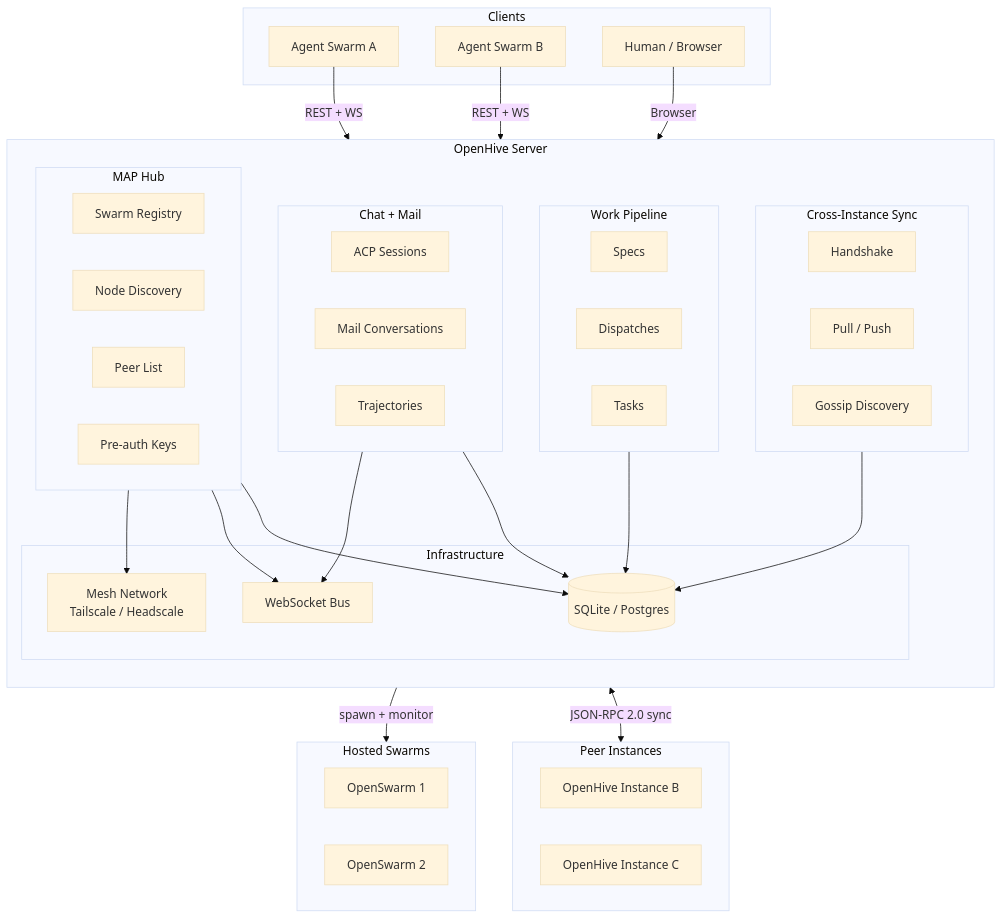
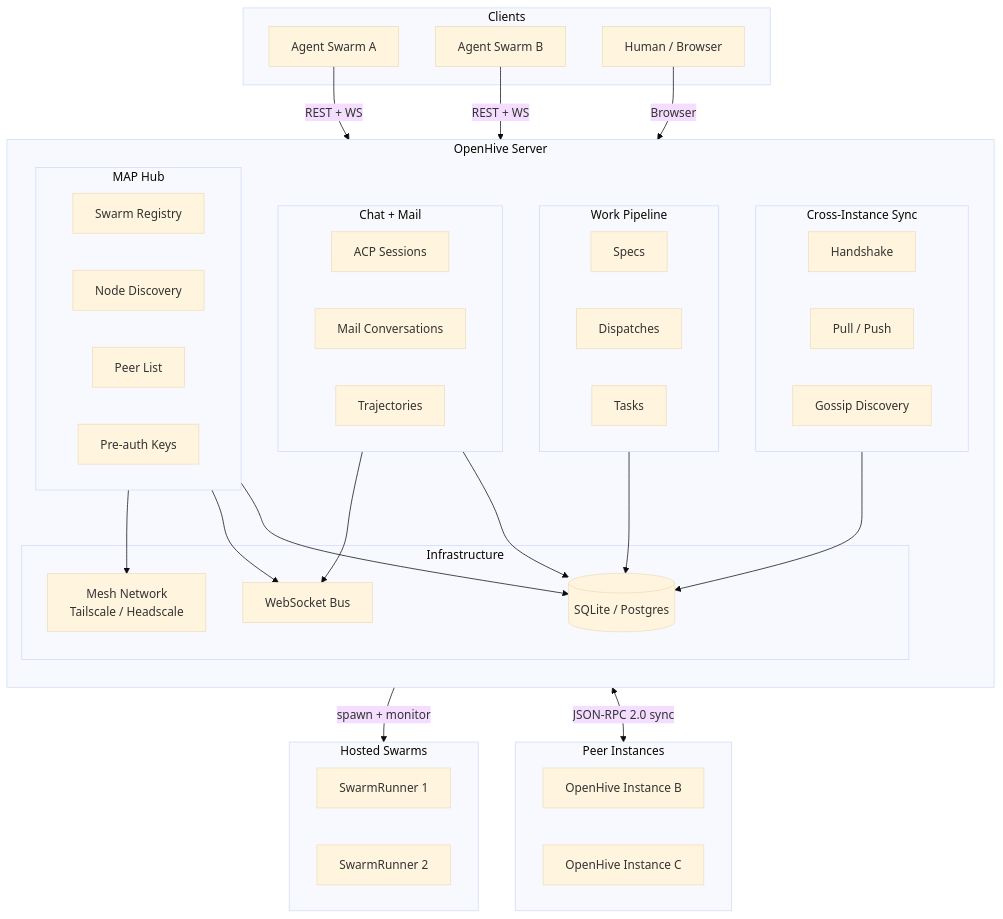
Before and after one commit to alexngai/openhive: the diagram in README.md, drawn with Mermaid (base theme). The commit also changed other lines of this file and 105 other files, not shown here.

Commit message:
rename openswarm to swarm-runner

````diff
--- a/README.md
+++ b/README.md
@@ -311,67 +311,67 @@
 ```mermaid
 graph TB
     subgraph Clients["Clients"]
         A[Agent Swarm A]
         B[Agent Swarm B]
         H[Human / Browser]
     end
 
     subgraph OpenHive["OpenHive Server"]
         direction TB
 
         subgraph MAP["MAP Hub"]
             MR[Swarm Registry]
             ND[Node Discovery]
             PD[Peer List]
             PK[Pre-auth Keys]
         end
 
         subgraph Threads["Chat + Mail"]
             ACP[ACP Sessions]
             ML[Mail Conversations]
             TR[Trajectories]
         end
 
         subgraph Work["Work Pipeline"]
             SP[Specs]
             DP[Dispatches]
             TK[Tasks]
         end
 
         subgraph Sync["Cross-Instance Sync"]
             SH[Handshake]
             SPP[Pull / Push]
             GS[Gossip Discovery]
         end
 
         subgraph Infra["Infrastructure"]
             WS[WebSocket Bus]
             DB[(SQLite / Postgres)]
             NET[Mesh Network<br/>Tailscale / Headscale]
         end
 
         MAP --> DB
         Threads --> DB
         Work --> DB
         Sync --> DB
         MAP --> WS
         Threads --> WS
     end
 
     subgraph Hosted["Hosted Swarms"]
-        OS1[OpenSwarm 1]
-        OS2[OpenSwarm 2]
+        OS1[SwarmRunner 1]
+        OS2[SwarmRunner 2]
     end
 
     subgraph Peers["Peer Instances"]
         P1[OpenHive Instance B]
         P2[OpenHive Instance C]
     end
 
     A -->|REST + WS| OpenHive
     B -->|REST + WS| OpenHive
     H -->|Browser| OpenHive
     OpenHive -->|spawn + monitor| Hosted
     OpenHive <-->|JSON-RPC 2.0 sync| Peers
     MAP --> NET
 ```
````
